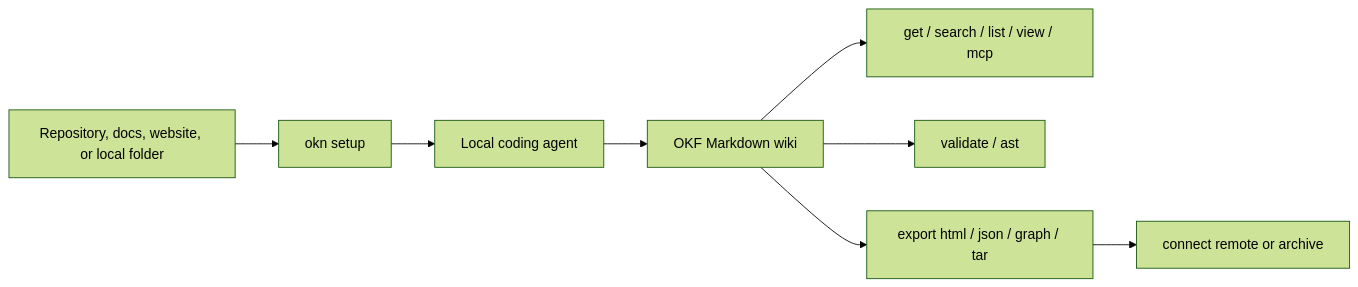
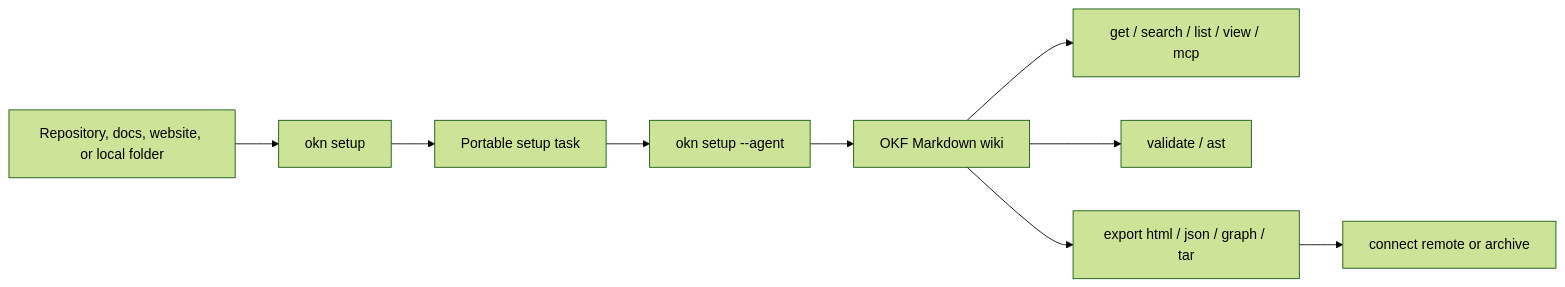
Before and after one commit to openknowledge-sh/openknowledge: the diagram in README.md, drawn with Mermaid (forest theme). The commit also changed other lines of this file and 25 other files, not shown here.

````diff
--- a/README.md
+++ b/README.md
@@ -81,10 +81,11 @@
 ```mermaid
 flowchart LR
   Source["Repository, docs, website, or local folder"] --> Setup["okn setup"]
-  Setup --> Agent["Local coding agent"]
+  Setup --> Prompt["Portable setup task"]
+  Prompt --> Agent["okn setup --agent"]
   Agent --> Wiki["OKF Markdown wiki"]
   Wiki --> Use["get / search / list / view / mcp"]
   Wiki --> Check["validate / ast"]
   Wiki --> Publish["export html / json / graph / tar"]
   Publish --> Connect["connect remote or archive"]
 ```
````
